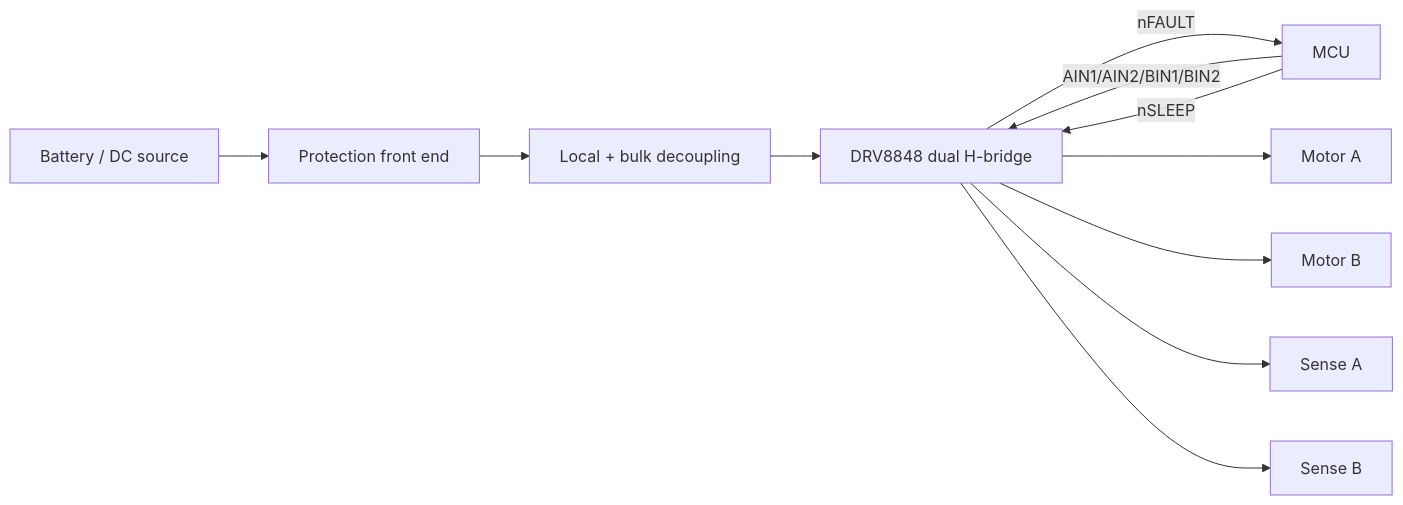
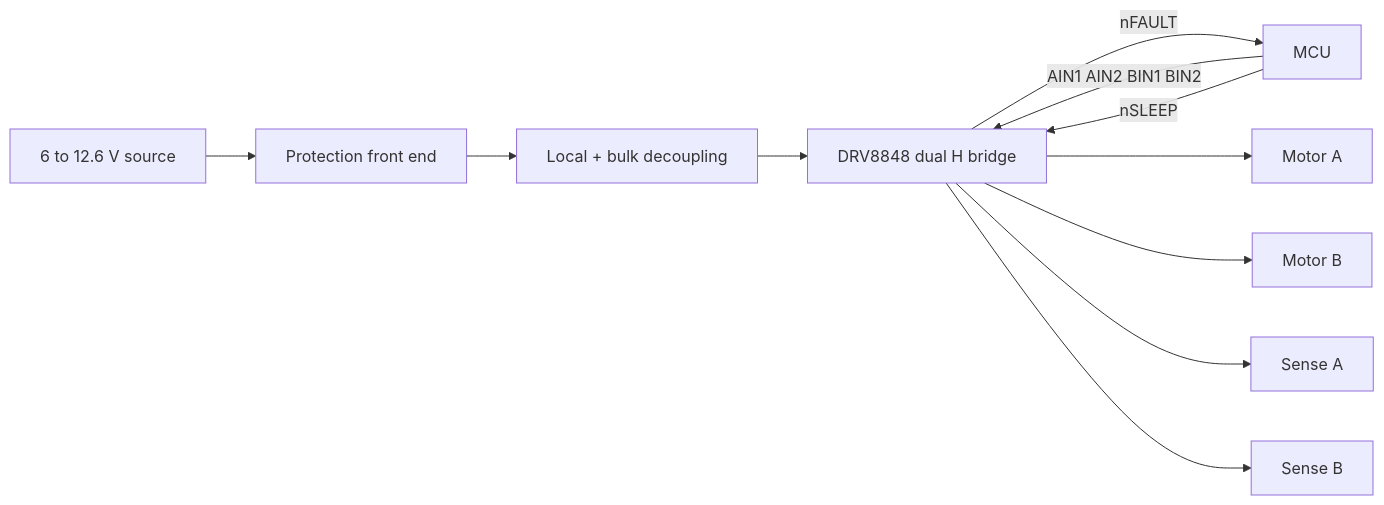
The diagram in README.md (VivekVRobo/custom-pcb-motor-driver), drawn with Mermaid before and after one commit. The commit also changed other lines of this file, not shown here.

````diff
--- a/README.md
+++ b/README.md
@@ -62,13 +51,15 @@
 ```mermaid
 flowchart LR
-    SRC[Battery / DC source] --> P[Protection front end]
+    SRC[6 to 12.6 V source] --> P[Protection front end]
     P --> C[Local + bulk decoupling]
-    C --> D[DRV8848 dual H-bridge]
-    MCU[MCU] -->|AIN1/AIN2/BIN1/BIN2| D
+    C --> D[DRV8848 dual H bridge]
+
+    MCU[MCU] -->|AIN1 AIN2 BIN1 BIN2| D
     MCU -->|nSLEEP| D
     D -->|nFAULT| MCU
+
     D --> A[Motor A]
     D --> B[Motor B]
     D --> SA[Sense A]
     D --> SB[Sense B]
 ```
````
